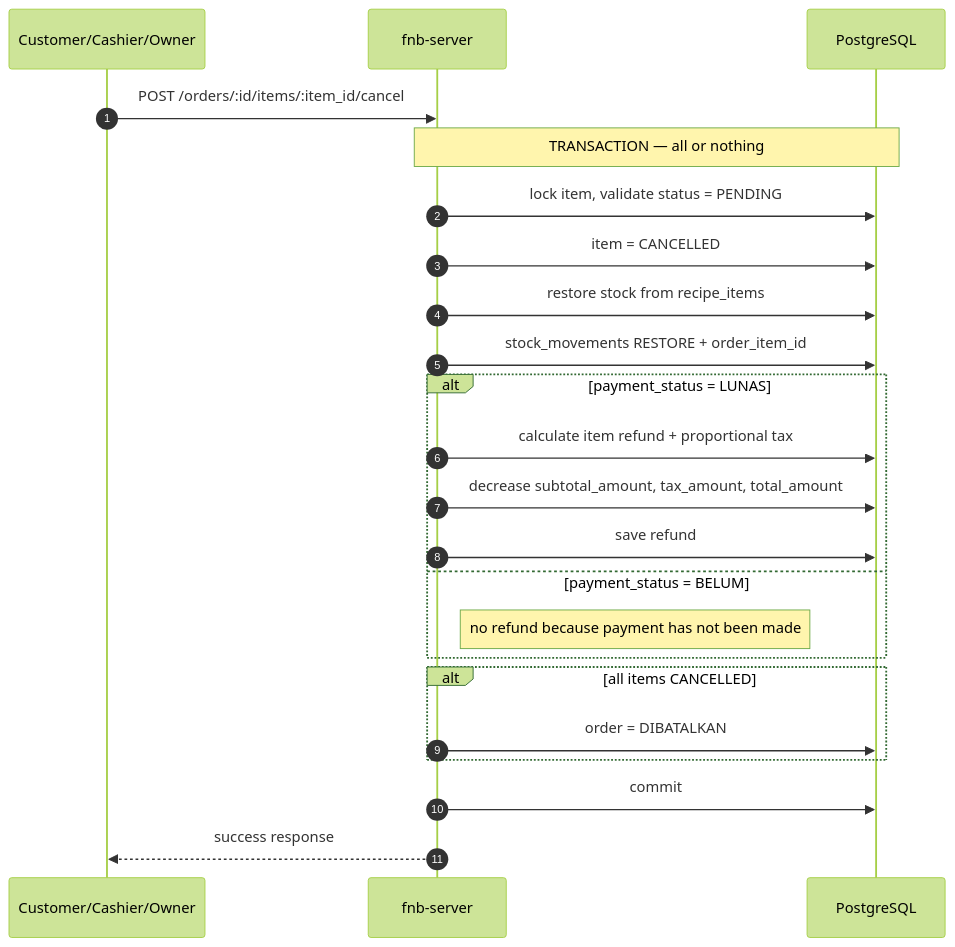
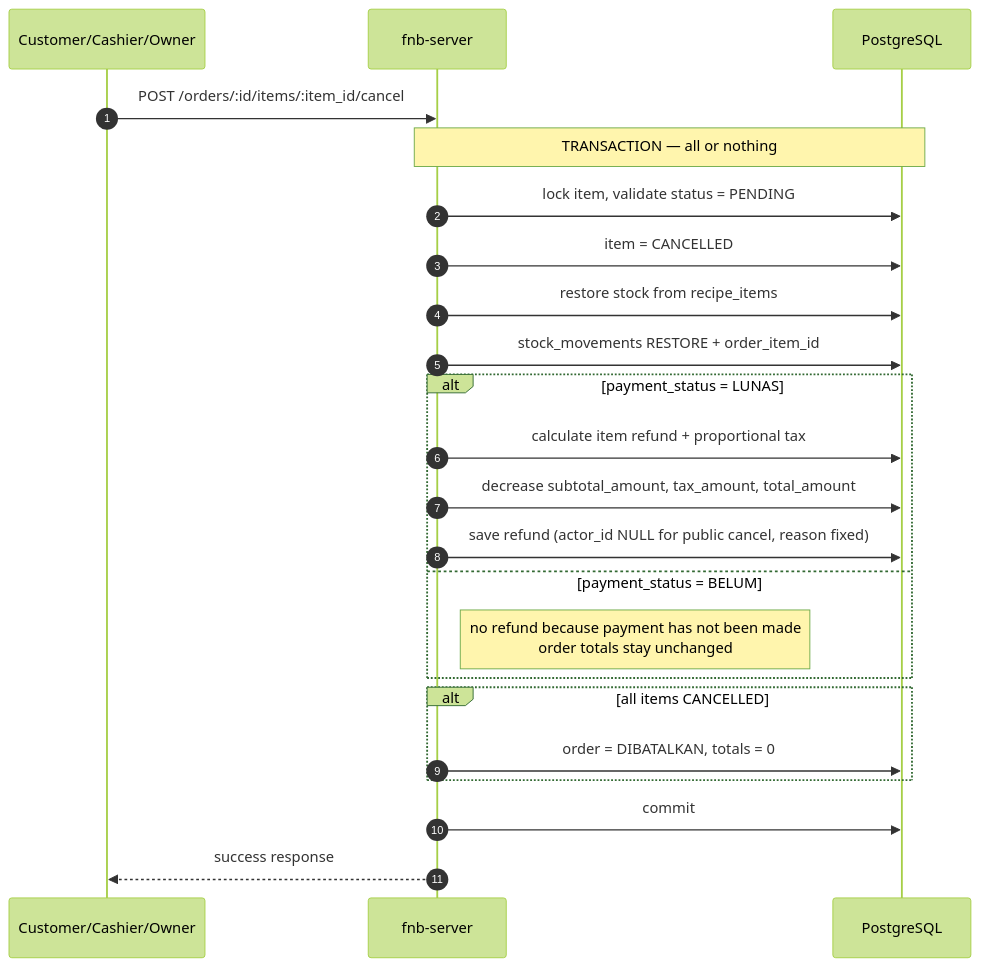
Before and after one commit to darmawandoni6/fnb-app: the third of 5 diagrams in fnb-server/docs/flow.md, drawn with Mermaid (forest theme). The commit also changed other lines of this file and 32 other files, not shown here.

Commit message:
feat(public-api): add customer ordering endpoints

````diff
--- a/fnb-server/docs/flow.md
+++ b/fnb-server/docs/flow.md
@@ -74,28 +74,28 @@
 ```mermaid
 sequenceDiagram
     autonumber
     participant A as Customer/Cashier/Owner
     participant API as fnb-server
     participant DB as PostgreSQL
 
     A->>API: POST /orders/:id/items/:item_id/cancel
     Note over API,DB: TRANSACTION — all or nothing
     API->>DB: lock item, validate status = PENDING
     API->>DB: item = CANCELLED
     API->>DB: restore stock from recipe_items
     API->>DB: stock_movements RESTORE + order_item_id
 
     alt payment_status = LUNAS
         API->>DB: calculate item refund + proportional tax
         API->>DB: decrease subtotal_amount, tax_amount, total_amount
-        API->>DB: save refund
+        API->>DB: save refund (actor_id NULL for public cancel, reason fixed)
     else payment_status = BELUM
-        Note right of API: no refund because payment has not been made
+        Note right of API: no refund because payment has not been made<br/>order totals stay unchanged
     end
 
     alt all items CANCELLED
-        API->>DB: order = DIBATALKAN
+        API->>DB: order = DIBATALKAN, totals = 0
     end
     API->>DB: commit
     API-->>A: success response
 ```
````
